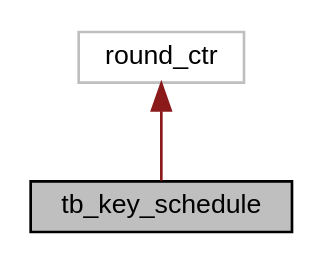
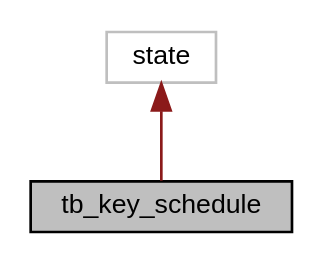
The diagram in d4/d9d/enumtb__key__schedule__inherit__graph.dot (FlorianFrank/SPECK_Cipher_Verilog), drawn with Graphviz before and after one commit. The commit also changed 95 other files, not shown here.

```diff
--- a/d4/d9d/enumtb__key__schedule__inherit__graph.dot
+++ b/d4/d9d/enumtb__key__schedule__inherit__graph.dot
@@ -1,9 +1,9 @@
 digraph "tb_key_schedule"
 {
  // INTERACTIVE_SVG=YES
   edge [fontname="Helvetica",fontsize="10",labelfontname="Helvetica",labelfontsize="10"];
   node [fontname="Helvetica",fontsize="10",shape=record];
   Node0 [label="tb_key_schedule",height=0.2,width=0.4,color="black", fillcolor="grey75", style="filled", fontcolor="black"];
   Node1 -> Node0 [dir="back",color="firebrick4",fontsize="10",style="solid",fontname="Helvetica"];
-  Node1 [label="round_ctr",height=0.2,width=0.4,color="grey75", fillcolor="white", style="filled"];
+  Node1 [label="state",height=0.2,width=0.4,color="grey75", fillcolor="white", style="filled"];
 }
```
